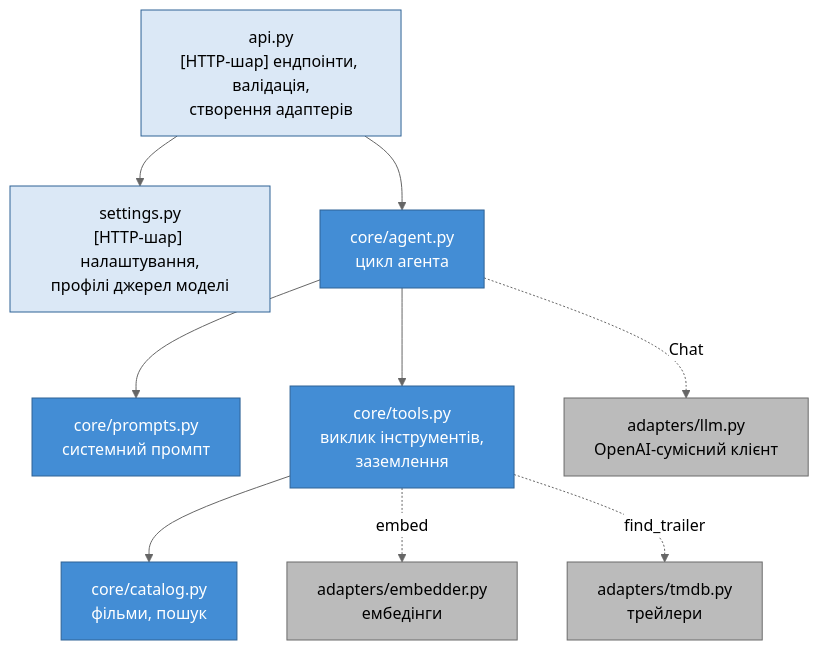
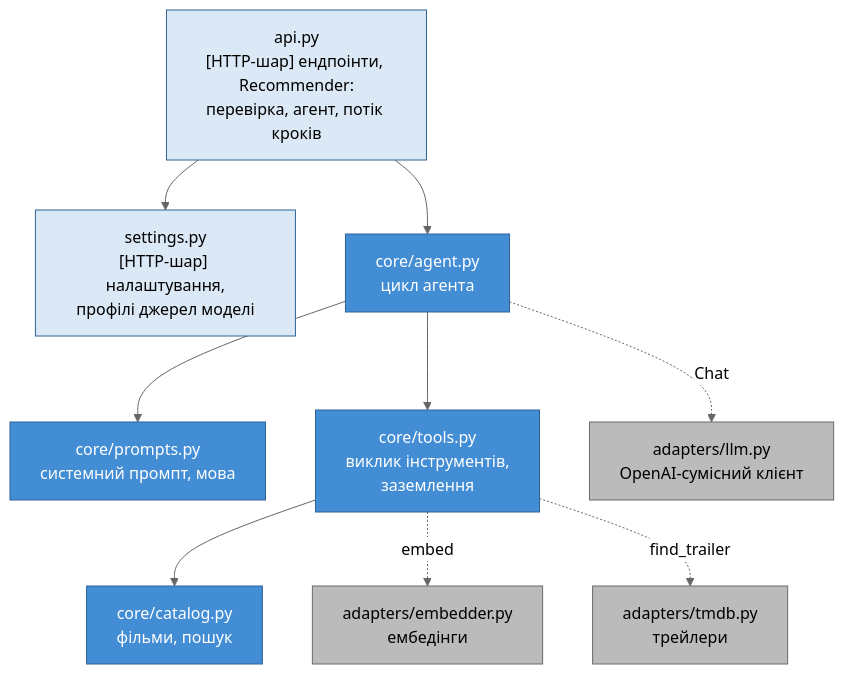
Before and after one commit to woldemarg/movie_rs: the third of 4 diagrams in docs/01-overview.md, drawn with Mermaid (neutral theme). The commit also changed other lines of this file and 15 other files, not shown here.

````diff
--- a/docs/01-overview.md
+++ b/docs/01-overview.md
@@ -84,28 +83,28 @@
 ```mermaid
 flowchart TB
-    api["api.py<br/>[HTTP-шар] ендпоінти, валідація,<br/>створення адаптерів"]
+    api["api.py<br/>[HTTP-шар] ендпоінти, Recommender:<br/>перевірка, агент, потік кроків"]
     settings["settings.py<br/>[HTTP-шар] налаштування,<br/>профілі джерел моделі"]
     agent["core/agent.py<br/>цикл агента"]
-    prompts["core/prompts.py<br/>системний промпт"]
+    prompts["core/prompts.py<br/>системний промпт, мова"]
     tools["core/tools.py<br/>виклик інструментів,<br/>заземлення"]
     llm["adapters/llm.py<br/>OpenAI-сумісний клієнт"]
     catalog["core/catalog.py<br/>фільми, пошук"]
     embedder["adapters/embedder.py<br/>ембедінги"]
     tmdb["adapters/tmdb.py<br/>трейлери"]
 
     api --> settings
     api --> agent
     agent --> prompts
     agent --> tools
     agent -. "Chat" .-> llm
     tools --> catalog
     tools -. "embed" .-> embedder
     tools -. "find_trailer" .-> tmdb
 
     classDef web fill:#dbe8f6,stroke:#2e6295,color:#000
     classDef core fill:#438dd5,stroke:#2e6295,color:#fff
     classDef adapter fill:#bbb,stroke:#6b6b6b,color:#000
     class api,settings web
     class agent,prompts,tools,catalog core
     class llm,embedder,tmdb adapter
 ```
````
